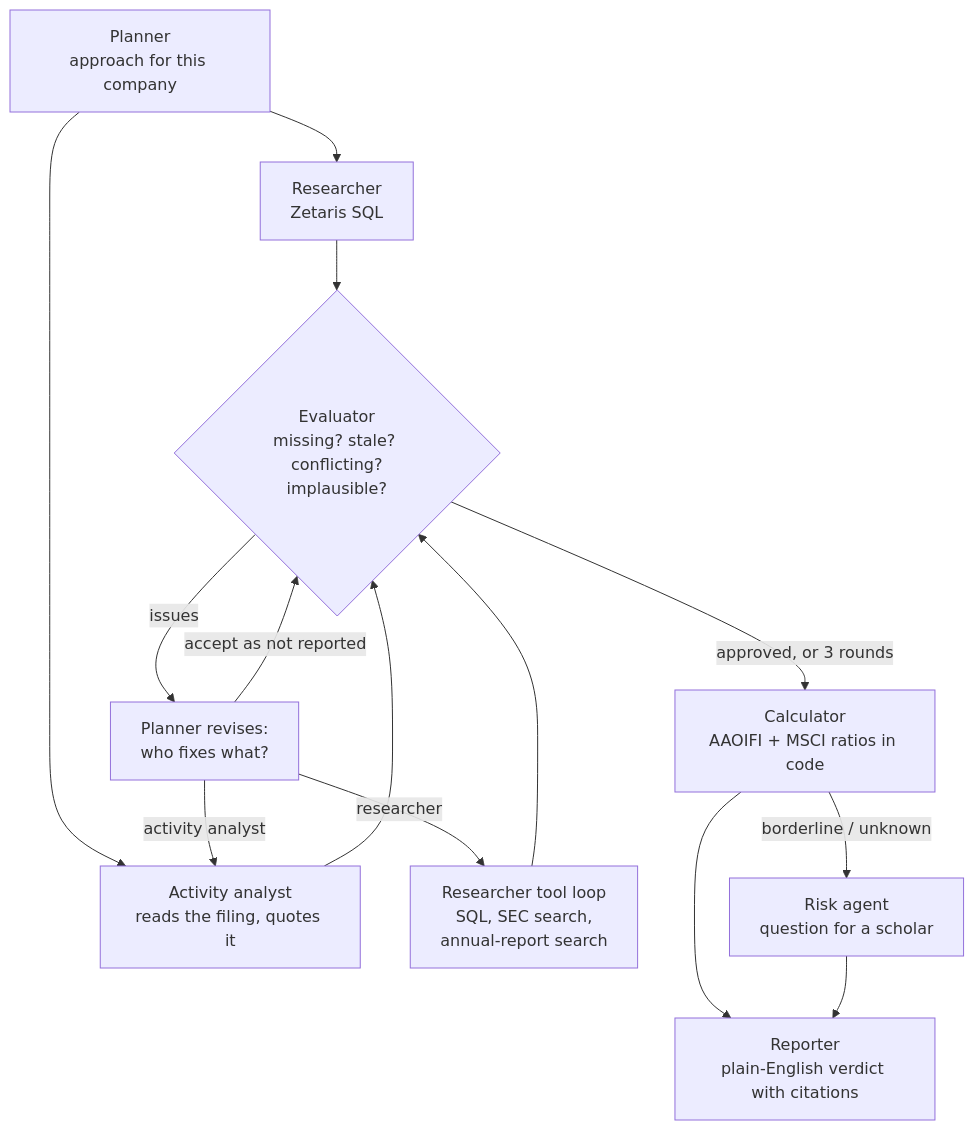
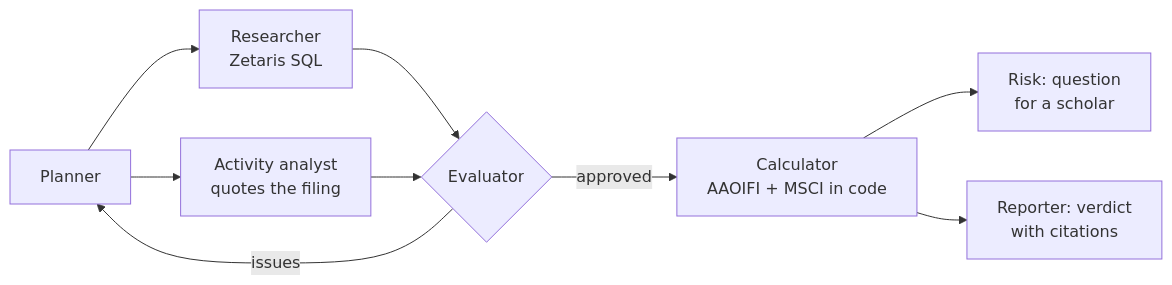
The diagram in README.md (AmeerAlabi/mizan), drawn with Mermaid before and after one commit. The commit also changed other lines of this file and 1 other file, not shown here.

````diff
--- a/README.md
+++ b/README.md
@@ -95,16 +47,11 @@
 ```mermaid
-flowchart TD
-  P[Planner<br/>approach for this company] --> R[Researcher<br/>Zetaris SQL]
-  P --> A[Activity analyst<br/>reads the filing, quotes it]
-  R --> E{Evaluator<br/>missing? stale? conflicting?<br/>implausible?}
+flowchart LR
+  P[Planner] --> R[Researcher<br/>Zetaris SQL]
+  P --> A[Activity analyst<br/>quotes the filing]
+  R --> E{Evaluator}
   A --> E
-  E -- issues --> P2[Planner revises:<br/>who fixes what?]
-  P2 -- "researcher" --> R2[Researcher tool loop<br/>SQL, SEC search,<br/>annual-report search]
-  P2 -- "activity analyst" --> A
-  P2 -- "accept as not reported" --> E
-  R2 --> E
-  E -- approved, or 3 rounds --> C[Calculator<br/>AAOIFI + MSCI ratios in code]
-  C -- borderline / unknown --> K[Risk agent<br/>question for a scholar]
-  C --> W[Reporter<br/>plain-English verdict with citations]
-  K --> W
+  E -- "issues" --> P
+  E -- "approved" --> C[Calculator<br/>AAOIFI + MSCI in code]
+  C --> K[Risk: question<br/>for a scholar]
+  C --> W[Reporter: verdict<br/>with citations]
 ```
````
